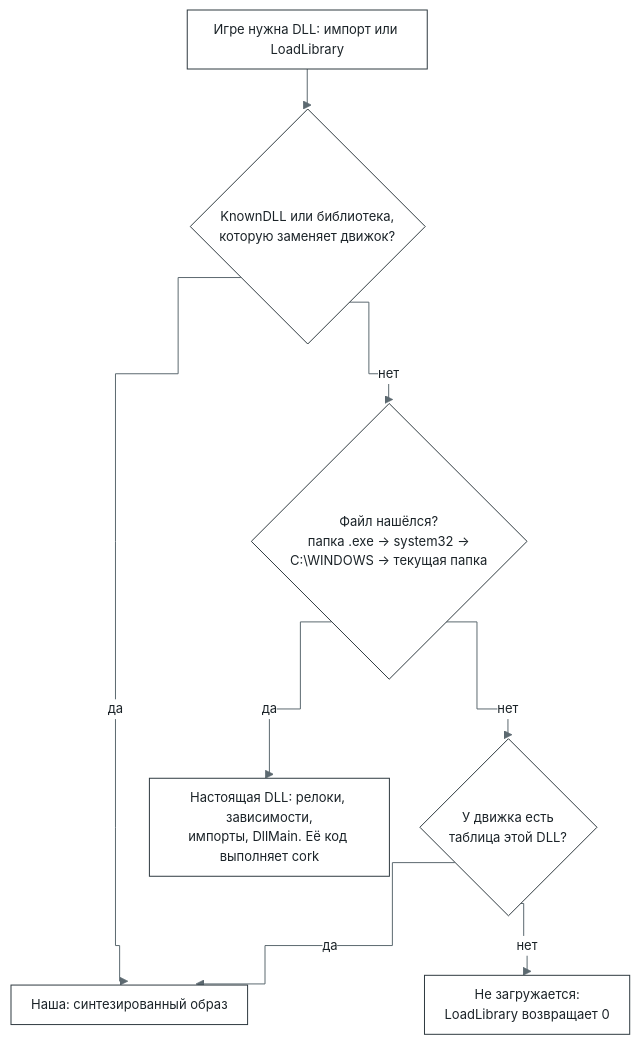
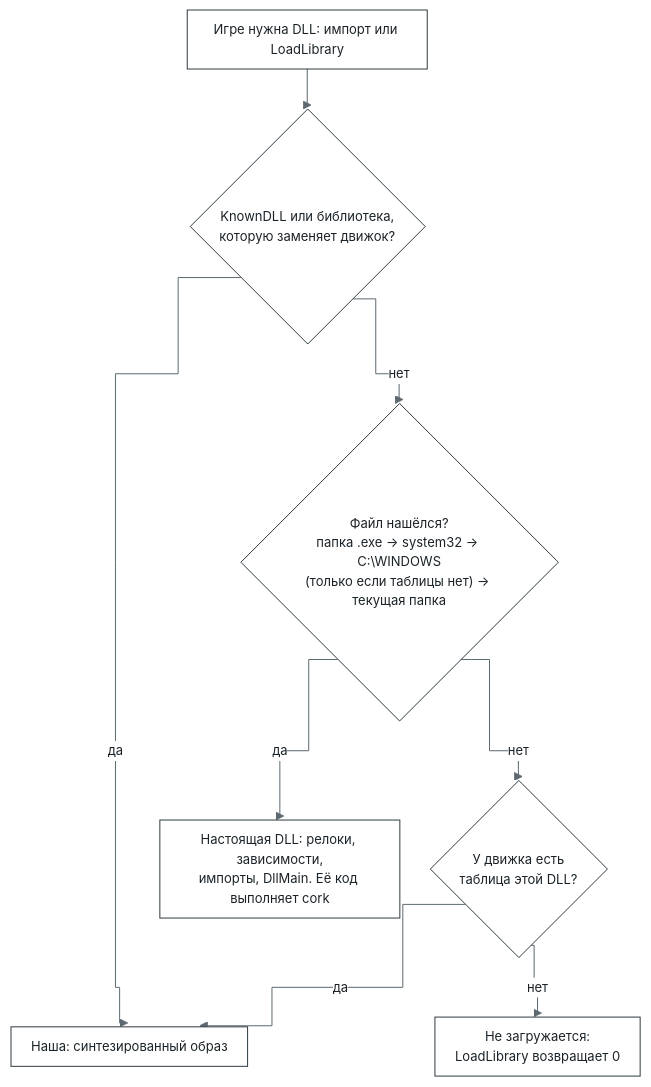
The sixth of 10 diagrams in docs/architecture.ru.md (bottlify/bottlify), drawn with Mermaid before and after one commit. The commit also changed other lines of this file and 5 other files, not shown here.

````diff
--- a/docs/architecture.ru.md
+++ b/docs/architecture.ru.md
@@ -563,11 +618,11 @@
 ```mermaid
 %%{init: {"theme": "base", "flowchart": {"curve": "step", "nodeSpacing": 30, "rankSpacing": 40, "padding": 10}, "themeVariables": {"fontFamily": "Inter, Segoe UI, Helvetica, Arial, sans-serif", "fontSize": "13px", "primaryColor": "#FFFFFF", "primaryBorderColor": "#2F3A40", "primaryTextColor": "#1B2328", "lineColor": "#5C6970", "clusterBkg": "#F3F5F6", "clusterBorder": "#9AA6AC", "edgeLabelBackground": "#FFFFFF"}}}%%
 flowchart TD
   A["Игре нужна DLL: импорт или LoadLibrary"] --> B{"KnownDLL или библиотека,<br/>которую заменяет движок?"}
   B -->|"да"| OUR["Наша: синтезированный образ"]
-  B -->|"нет"| C{"Файл нашёлся?<br/>папка .exe → system32 →<br/>C:\WINDOWS → текущая папка"}
+  B -->|"нет"| C{"Файл нашёлся?<br/>папка .exe → system32 → C:\WINDOWS<br/>(только если таблицы нет) → текущая папка"}
   C -->|"да"| REAL["Настоящая DLL: релоки, зависимости,<br/>импорты, DllMain. Её код выполняет cork"]
   C -->|"нет"| D{"У движка есть<br/>таблица этой DLL?"}
   D -->|"да"| OUR
   D -->|"нет"| X["Не загружается:<br/>LoadLibrary возвращает 0"]
 ```
````
